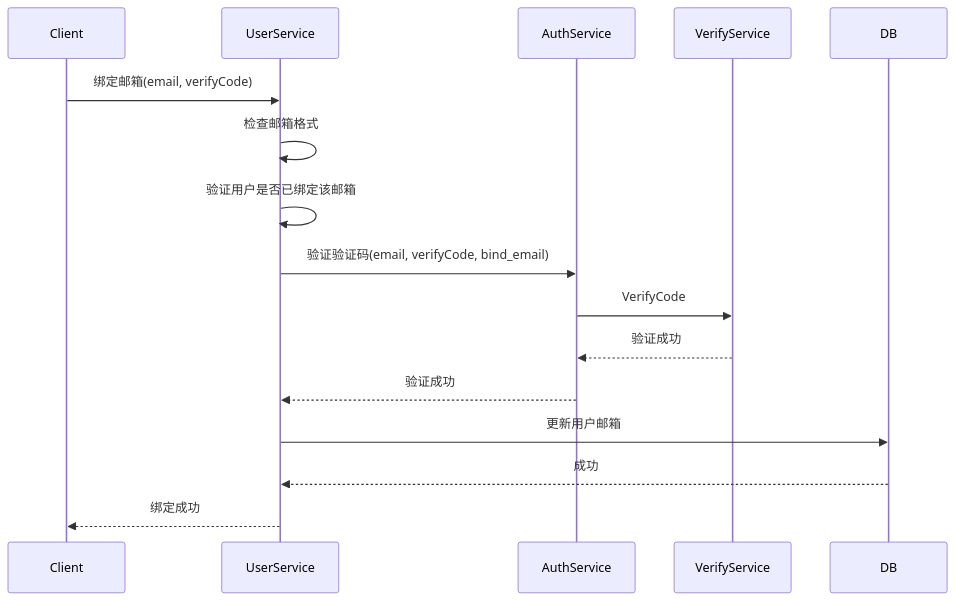
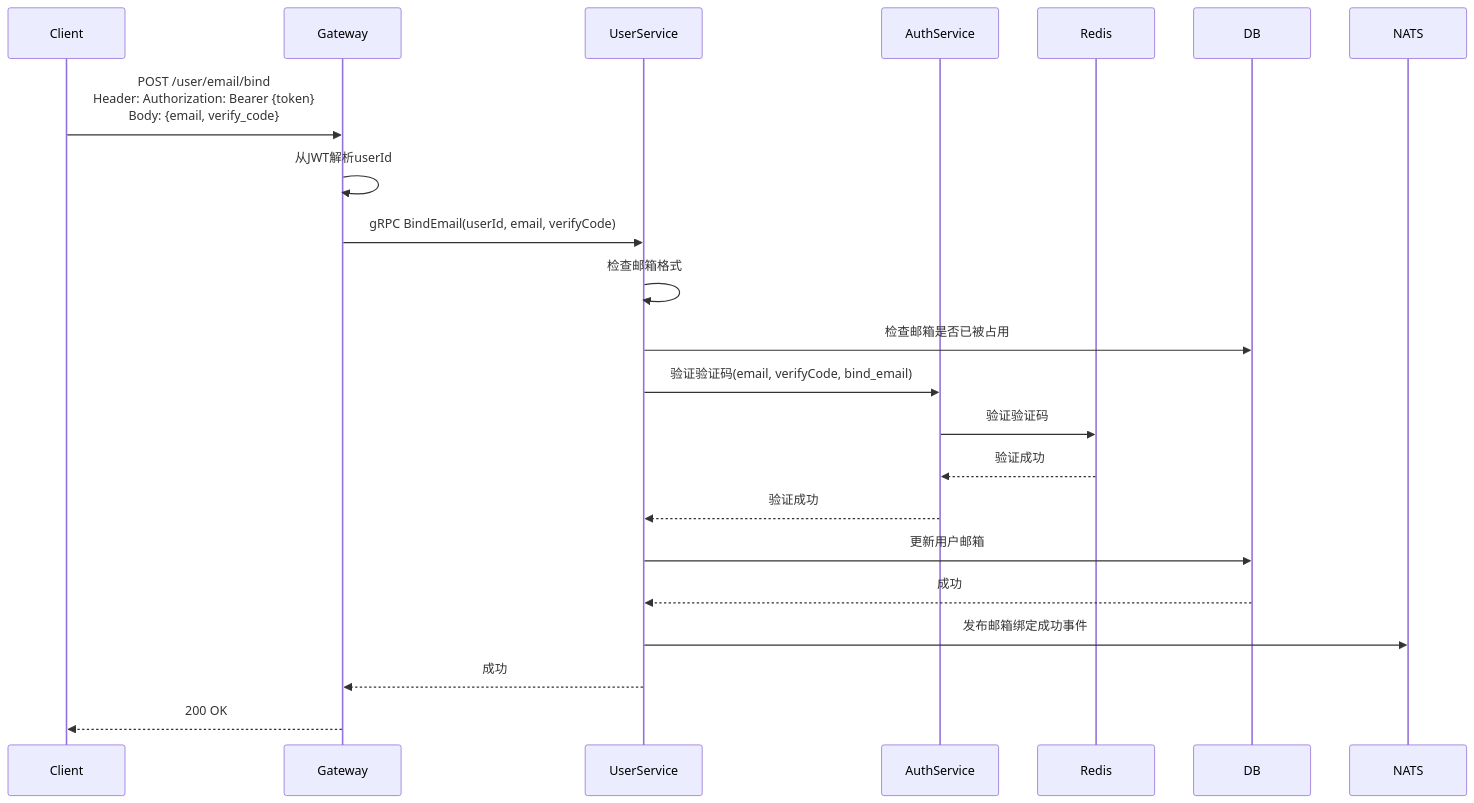
The diagram in docs/design/auth/bind-email.md (yzhgit/anychat-server), drawn with Mermaid before and after one commit. The commit also changed 30 other files, not shown here.

First line of the commit message:
docs: 更新设计文档时序图，添加Gateway和NATS参与者

````diff
--- a/docs/design/auth/bind-email.md
+++ b/docs/design/auth/bind-email.md
@@ -14,19 +14,25 @@
 ```mermaid
 sequenceDiagram
     participant Client
+    participant Gateway
     participant UserService
     participant AuthService
-    participant VerifyService
+    participant Redis
     participant DB
+    participant NATS
 
-    Client->>UserService: 绑定邮箱(email, verifyCode)
+    Client->>Gateway: POST /user/email/bind<br/>Header: Authorization: Bearer {token}<br/>Body: {email, verify_code}
+    Gateway->>Gateway: 从JWT解析userId
+    Gateway->>UserService: gRPC BindEmail(userId, email, verifyCode)
     UserService->>UserService: 检查邮箱格式
-    UserService->>UserService: 验证用户是否已绑定该邮箱
+    UserService->>DB: 检查邮箱是否已被占用
     UserService->>AuthService: 验证验证码(email, verifyCode, bind_email)
-    AuthService->>VerifyService: VerifyCode
-    VerifyService-->>AuthService: 验证成功
+    AuthService->>Redis: 验证验证码
+    Redis-->>AuthService: 验证成功
     AuthService-->>UserService: 验证成功
     UserService->>DB: 更新用户邮箱
     DB-->>UserService: 成功
-    UserService-->>Client: 绑定成功
+    UserService->>NATS: 发布邮箱绑定成功事件
+    UserService-->>Gateway: 成功
+    Gateway-->>Client: 200 OK
 ```
````
